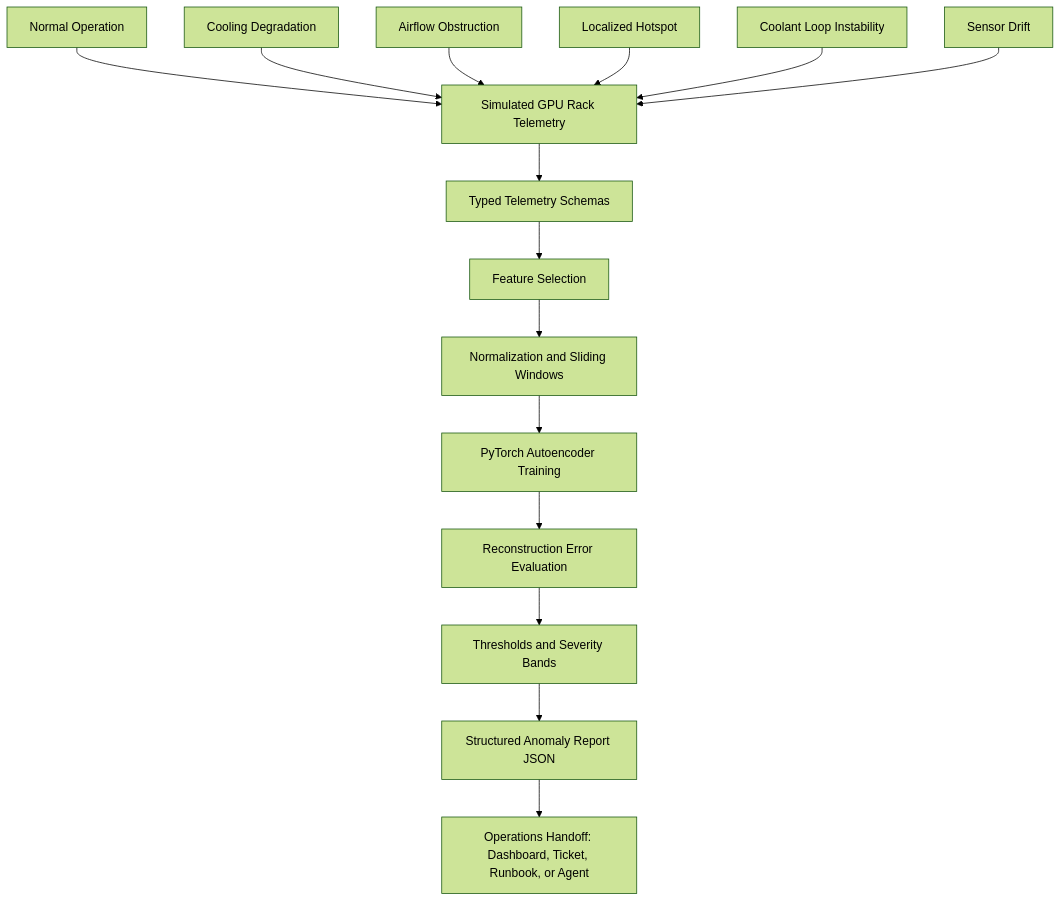
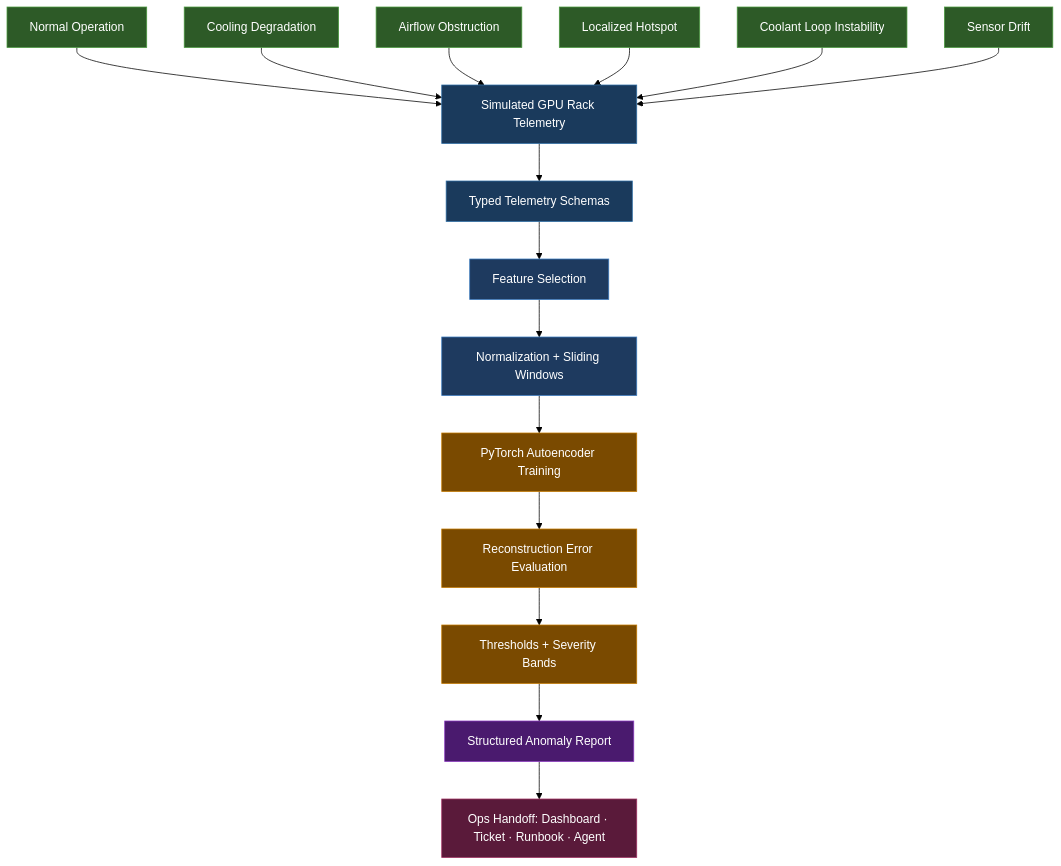
The diagram in README.md (JamesIOmete/gpu-rack-anomaly-detection-pytorch), drawn with Mermaid (forest theme) before and after one commit. The commit also changed other lines of this file, not shown here.

Commit message:
fix: color-coded mermaid diagram and add related projects

````diff
--- a/README.md
+++ b/README.md
@@ -22,18 +22,32 @@
 ```mermaid
 flowchart TD
-    A[Simulated GPU Rack Telemetry] --> B[Typed Telemetry Schemas]
-    B --> C[Feature Selection]
-    C --> D[Normalization and Sliding Windows]
-    D --> E[PyTorch Autoencoder Training]
-    E --> F[Reconstruction Error Evaluation]
-    F --> G[Thresholds and Severity Bands]
-    G --> H[Structured Anomaly Report JSON]
-    H --> I[Operations Handoff: Dashboard, Ticket, Runbook, or Agent]
-
     A1[Normal Operation] --> A
     A2[Cooling Degradation] --> A
     A3[Airflow Obstruction] --> A
     A4[Localized Hotspot] --> A
     A5[Coolant Loop Instability] --> A
     A6[Sensor Drift] --> A
+
+    A[Simulated GPU Rack Telemetry] --> B[Typed Telemetry Schemas]
+    B --> C[Feature Selection]
+    C --> D[Normalization + Sliding Windows]
+    D --> E[PyTorch Autoencoder Training]
+    E --> F[Reconstruction Error Evaluation]
+    F --> G[Thresholds + Severity Bands]
+    G --> H[Structured Anomaly Report]
+    H --> I[Ops Handoff: Dashboard · Ticket · Runbook · Agent]
+
+    classDef scenario fill:#2d5a27,stroke:#4a9a3f,color:#ffffff
+    classDef ingest fill:#1a3a5c,stroke:#2e6da4,color:#ffffff
+    classDef process fill:#1e3a5f,stroke:#3a7abf,color:#ffffff
+    classDef model fill:#7a4a00,stroke:#c47a00,color:#ffffff
+    classDef output fill:#4a1a6e,stroke:#8a3abf,color:#ffffff
+    classDef handoff fill:#5a1a3a,stroke:#a03060,color:#ffffff
+
+    class A1,A2,A3,A4,A5,A6 scenario
+    class A,B ingest
+    class C,D process
+    class E,F,G model
+    class H output
+    class I handoff
 ```
````
